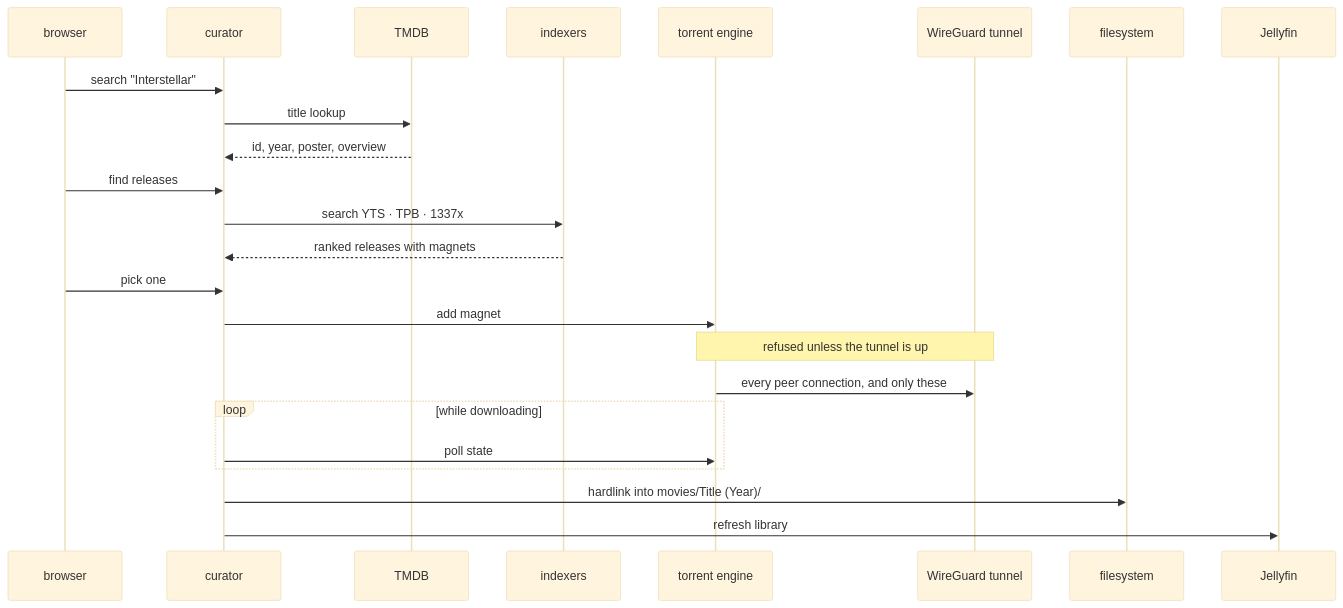
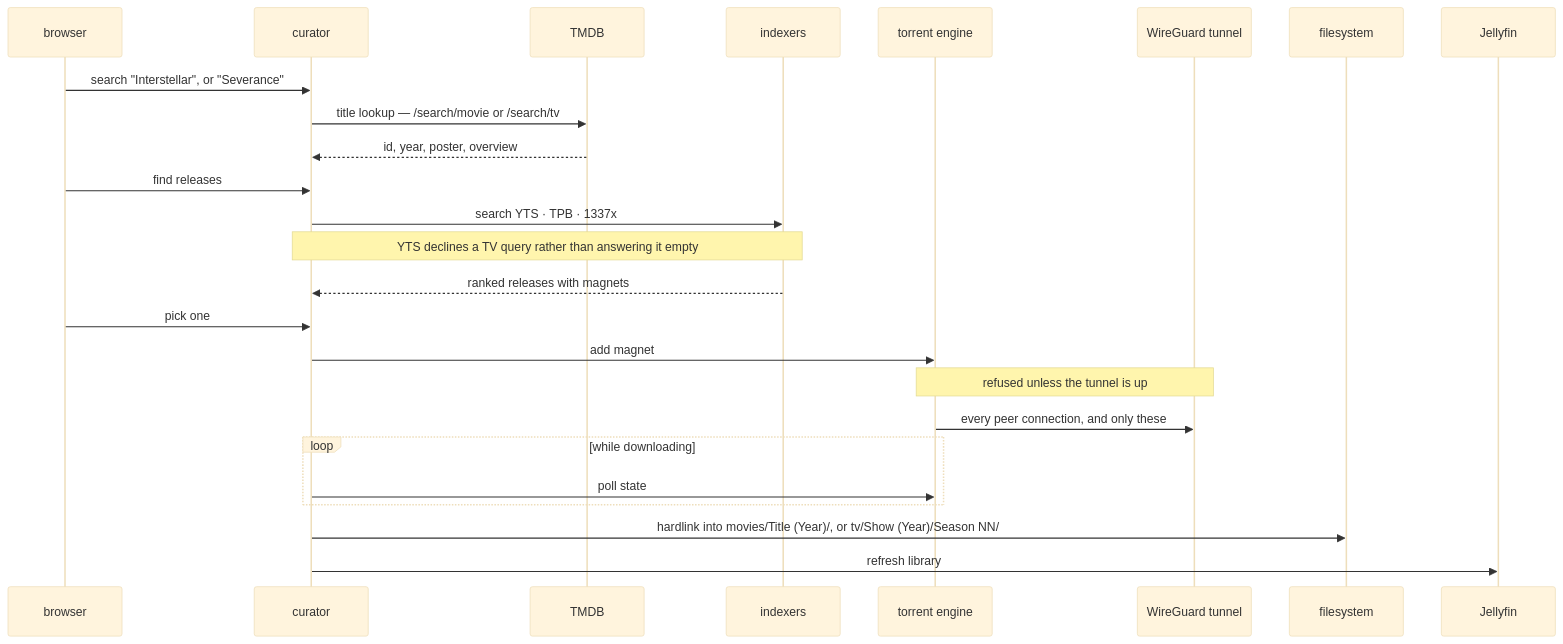
One commit to DulsaraNethmin/Curator changed the second of 4 diagrams in docs/architecture.md. Above: the diagram before and after it, drawn with Mermaid (base theme). The commit also changed other lines of this file and 1 other file, not shown here.

````diff
--- a/docs/architecture.md
+++ b/docs/architecture.md
@@ -57,27 +57,28 @@
 ```mermaid
 sequenceDiagram
     participant U as browser
     participant C as curator
     participant T as TMDB
     participant I as indexers
     participant E as torrent engine
     participant W as WireGuard tunnel
     participant F as filesystem
     participant J as Jellyfin
 
-    U->>C: search "Interstellar"
-    C->>T: title lookup
+    U->>C: search "Interstellar", or "Severance"
+    C->>T: title lookup — /search/movie or /search/tv
     T-->>C: id, year, poster, overview
     U->>C: find releases
     C->>I: search YTS · TPB · 1337x
+    Note over C,I: YTS declines a TV query rather than answering it empty
     I-->>C: ranked releases with magnets
     U->>C: pick one
     C->>E: add magnet
     Note over E,W: refused unless the tunnel is up
     E->>W: every peer connection, and only these
     loop while downloading
         C->>E: poll state
     end
-    C->>F: hardlink into movies/Title (Year)/
+    C->>F: hardlink into movies/Title (Year)/, or tv/Show (Year)/Season NN/
     C->>J: refresh library
 ```
````
